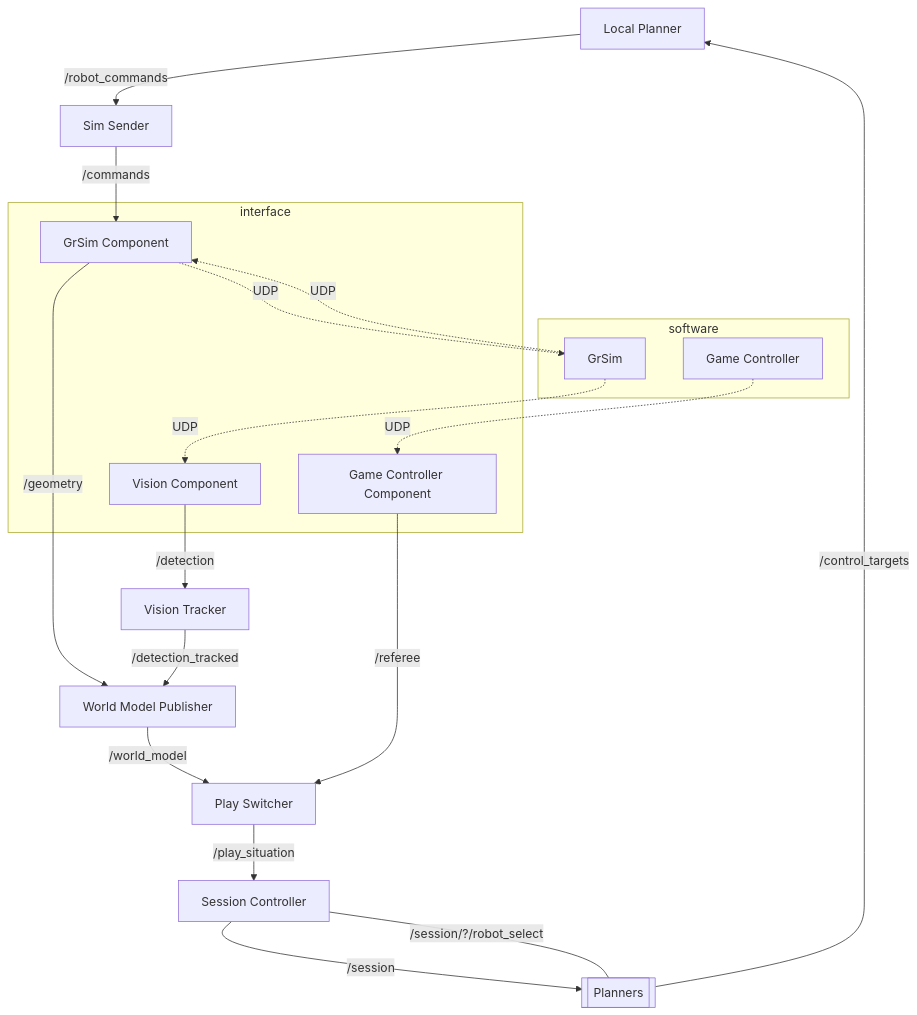
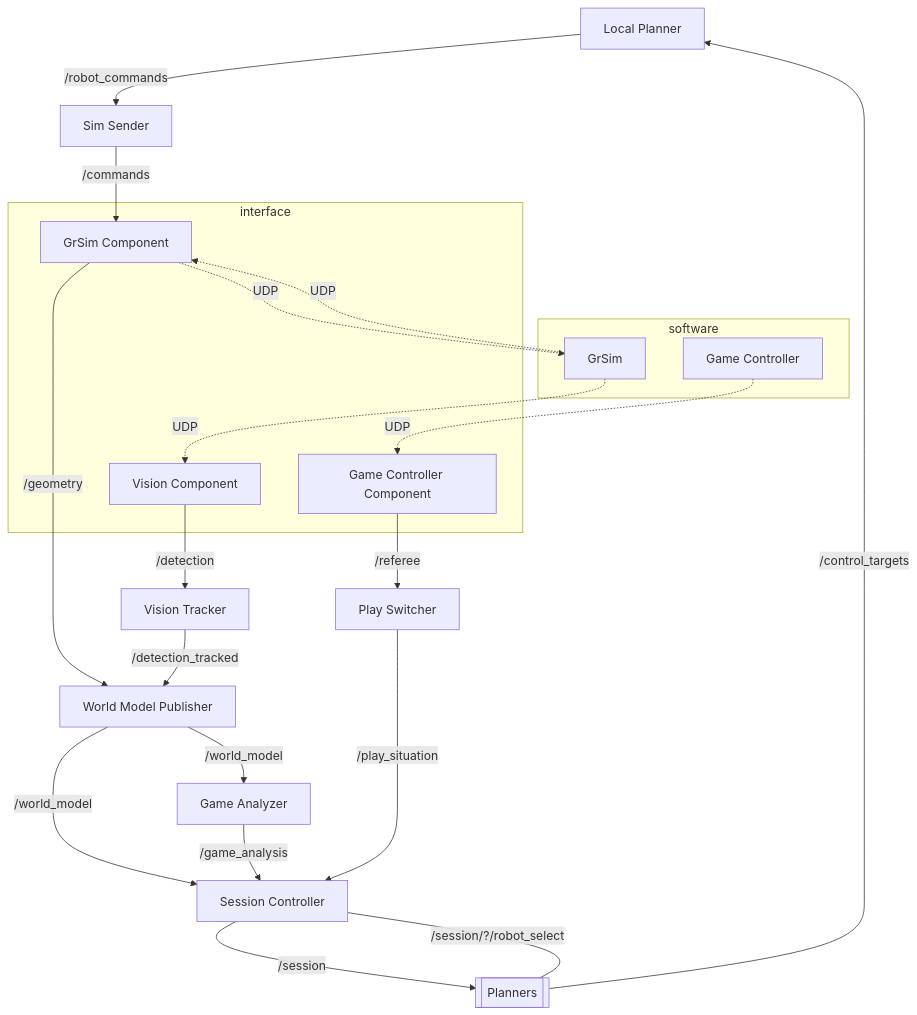
Before and after one commit to ibis-ssl/crane: the diagram in docs/diagram.md, drawn with Mermaid.

Commit message:
ドキュメント：ダイアグラムを更新

````diff
--- a/docs/diagram.md
+++ b/docs/diagram.md
@@ -3,50 +3,53 @@
 ```mermaid
 graph TD
     LP[Local Planner]
     PLs[[Planners]]
     PS[Play Switcher]
+    GA[Game Analyzer]
 
     subgraph interface
         VC[Vision Component]
         GrC[GrSim Component]
         GCC[Game Controller Component]
     end
 
     SC[Session Controller]
     SS[Sim Sender]
 
 
 
     VT[Vision Tracker]
     WP[World Model Publisher]
 
     subgraph software
         GrSim[GrSim]
         GC[Game Controller]
     end
 
-    WP -- /world_model -->  PS
+    WP -- /world_model -->  SC
+    WP -- /world_model -->  GA
+    GA -- /game_analysis -->  SC
 
 
     GrC -. UDP .->  GrSim
 
     GrSim -. UDP .->  GrC
     GrC -- /geometry -->  WP
 
     GrSim -. UDP .->  VC
 
 
     VC -- /detection -->  VT
     VT -- /detection_tracked -->  WP
 
     GC -. UDP .->  GCC
     GCC -- /referee -->  PS
     PS -- /play_situation --> SC
     SC -- /session -->  PLs
     PLs -- /control_targets -->  LP
     LP -- /robot_commands -->  SS
     SS -- /commands -->  GrC
 
 
     SC -- /session/?/robot_select ---  PLs
 ```
````
